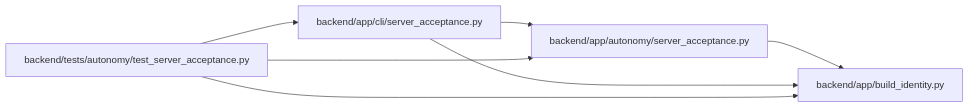
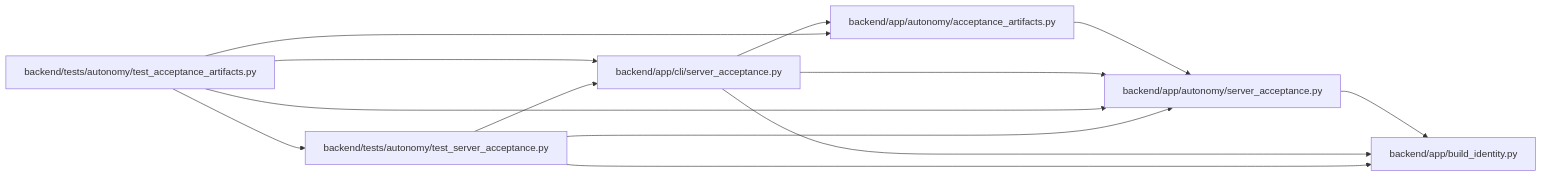
The diagram in docs/llm_wiki/modules/cli_server_acceptance.md (Denissvgn/WorkChord), drawn with Mermaid before and after one commit. The commit also changed other lines of this file and 10148 other files, not shown here.

````diff
--- a/docs/llm_wiki/modules/cli_server_acceptance.md
+++ b/docs/llm_wiki/modules/cli_server_acceptance.md
@@ -25,17 +26,27 @@
 ```mermaid
 flowchart LR
-    n0["backend/app/autonomy/server_acceptance.py"]
-    n1["backend/app/build_identity.py"]
-    n2["backend/app/cli/server_acceptance.py"]
-    n3["backend/tests/autonomy/test_server_acceptance.py"]
+    n0["backend/app/autonomy/acceptance_artifacts.py"]
+    n1["backend/app/autonomy/server_acceptance.py"]
+    n2["backend/app/build_identity.py"]
+    n3["backend/app/cli/server_acceptance.py"]
+    n4["backend/tests/autonomy/test_acceptance_artifacts.py"]
+    n5["backend/tests/autonomy/test_server_acceptance.py"]
     n0 --> n1
-    n2 --> n0
-    n2 --> n1
+    n1 --> n2
     n3 --> n0
     n3 --> n1
     n3 --> n2
-    click n0 "../modules/autonomy_server_acceptance.md"
-    click n1 "../modules/build_identity.md"
-    click n2 "../modules/cli_server_acceptance.md"
-    click n3 "../modules/test_server_acceptance.md"
+    n4 --> n0
+    n4 --> n1
+    n4 --> n3
+    n4 --> n5
+    n5 --> n1
+    n5 --> n2
+    n5 --> n3
+    click n0 "../modules/acceptance_artifacts.md"
+    click n1 "../modules/autonomy_server_acceptance.md"
+    click n2 "../modules/build_identity.md"
+    click n3 "../modules/cli_server_acceptance.md"
+    click n4 "../modules/test_acceptance_artifacts.md"
+    click n5 "../modules/test_server_acceptance.md"
 ```
````
